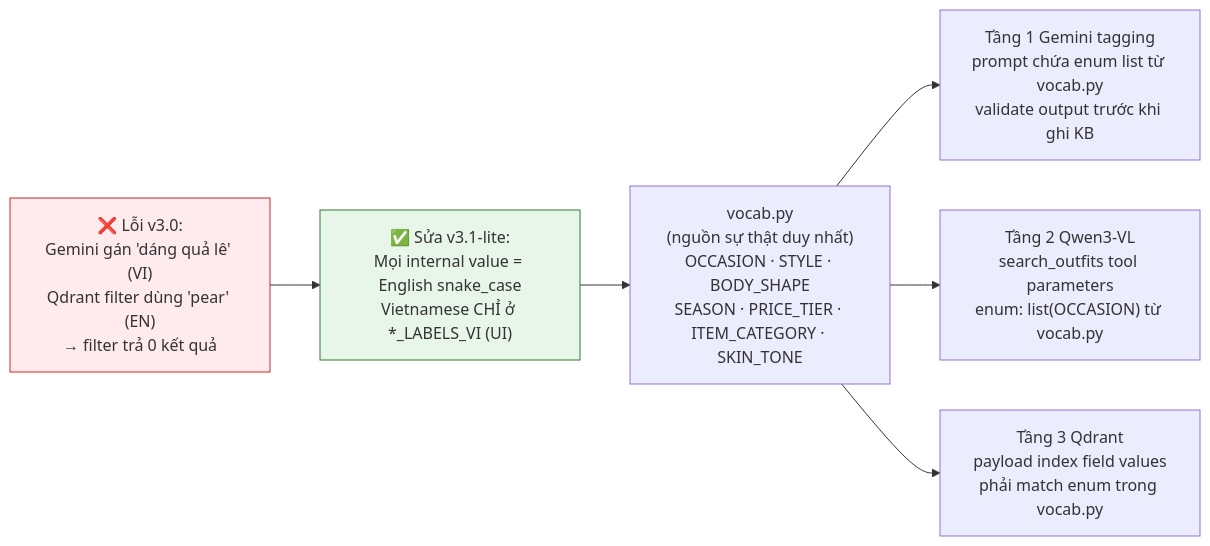
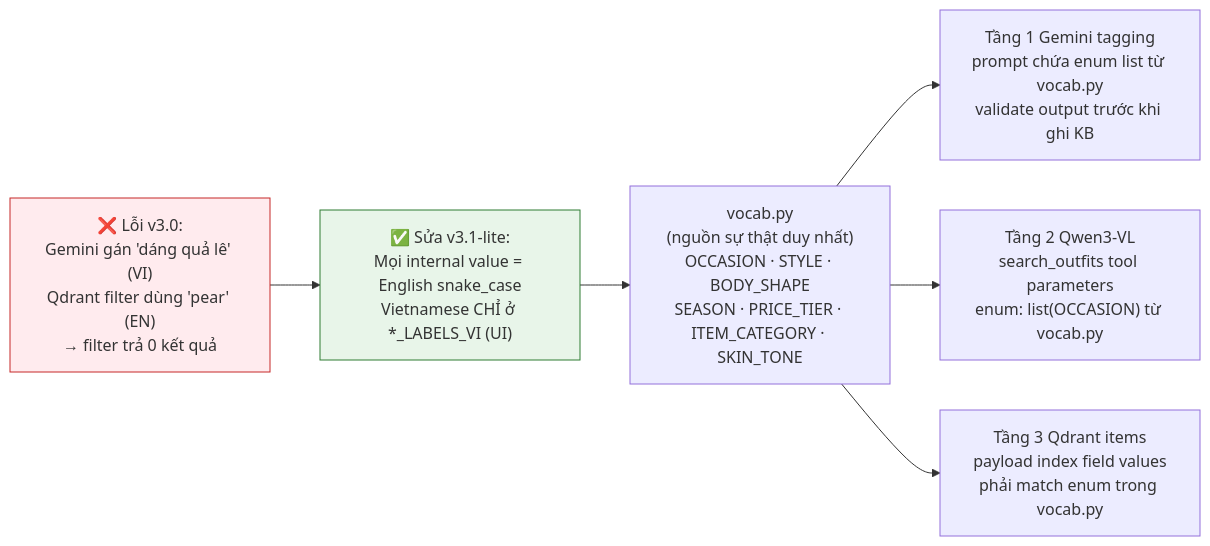
The fourth of 4 diagrams in docs/presentation/SO_DO_MERMAID.md (Lendo-Stylix/fashion_match), drawn with Mermaid before and after one commit. The commit also changed other lines of this file and 39 other files, not shown here.

Commit message:
GraphKnowledge Base

````diff
--- a/docs/presentation/SO_DO_MERMAID.md
+++ b/docs/presentation/SO_DO_MERMAID.md
@@ -133,23 +133,23 @@
 ```mermaid
 flowchart LR
     VOCAB["vocab.py\n(nguồn sự thật duy nhất)\nOCCASION · STYLE · BODY_SHAPE\nSEASON · PRICE_TIER · ITEM_CATEGORY · SKIN_TONE"]
 
     T1TAG["Tầng 1 Gemini tagging\nprompt chứa enum list từ vocab.py\nvalidate output trước khi ghi KB"]
     T2TOOL["Tầng 2 Qwen3-VL\nsearch_outfits tool parameters\nenum: list(OCCASION) từ vocab.py"]
-    T3IDX["Tầng 3 Qdrant\npayload index field values\nphải match enum trong vocab.py"]
+    T3IDX["Tầng 3 Qdrant items\npayload index field values\nphải match enum trong vocab.py"]
 
     VOCAB --> T1TAG
     VOCAB --> T2TOOL
     VOCAB --> T3IDX
 
     BUG["❌ Lỗi v3.0:\nGemini gán 'dáng quả lê' (VI)\nQdrant filter dùng 'pear' (EN)\n→ filter trả 0 kết quả"]
     FIX["✅ Sửa v3.1-lite:\nMọi internal value = English snake_case\nVietnamese CHỈ ở *_LABELS_VI (UI)"]
 
     BUG --> FIX
     FIX --> VOCAB
 
     classDef fix fill:#e8f5e9,stroke:#2e7d32
     classDef bug fill:#ffebee,stroke:#c62828
     class FIX fix
     class BUG bug
 ```
````
